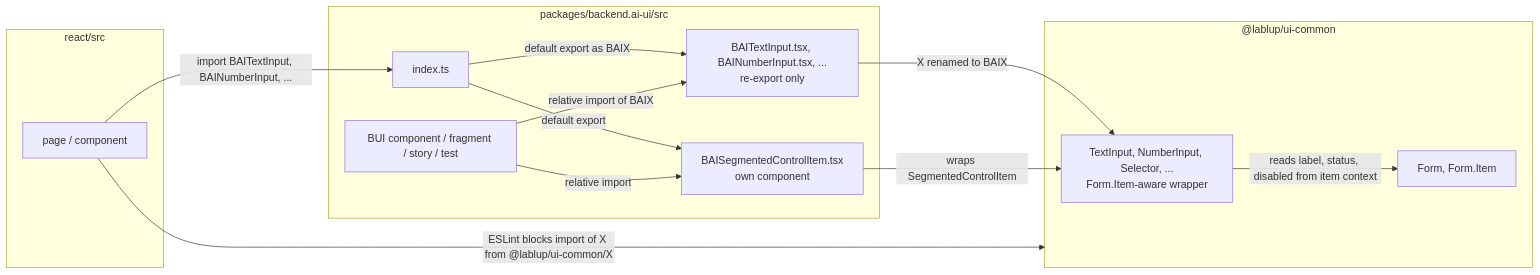
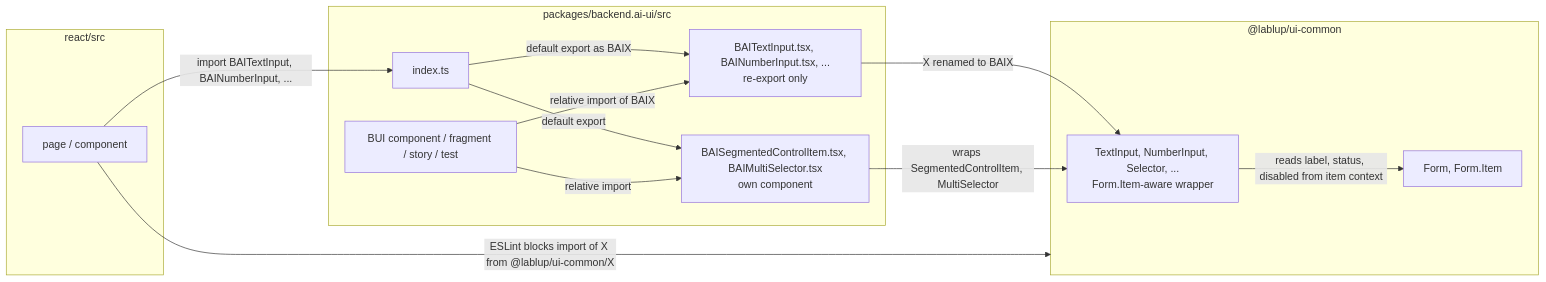
The diagram in docs/adr/0014-bai-names-for-ui-common-form-controls.md (lablup/backend.ai-webui), drawn with Mermaid before and after one commit. The commit also changed other lines of this file and 9 other files, not shown here.

````diff
--- a/docs/adr/0014-bai-names-for-ui-common-form-controls.md
+++ b/docs/adr/0014-bai-names-for-ui-common-form-controls.md
@@ -25,25 +25,25 @@
 ```mermaid
 flowchart LR
   subgraph react["react/src"]
     page["page / component"]
   end
   subgraph bui["packages/backend.ai-ui/src"]
     buiuse["BUI component / fragment / story / test"]
     barrel["index.ts"]
     fc["BAITextInput.tsx, BAINumberInput.tsx, ...<br/>re-export only"]
-    item["BAISegmentedControlItem.tsx<br/>own component"]
+    item["BAISegmentedControlItem.tsx, BAIMultiSelector.tsx<br/>own component"]
   end
   subgraph uic["@lablup/ui-common"]
     ctl["TextInput, NumberInput, Selector, ...<br/>Form.Item-aware wrapper"]
     form["Form, Form.Item"]
   end
   page -- "import BAITextInput, BAINumberInput, ..." --> barrel
   barrel -- "default export as BAIX" --> fc
   barrel -- "default export" --> item
   buiuse -- "relative import of BAIX" --> fc
   buiuse -- "relative import" --> item
   fc -- "X renamed to BAIX" --> ctl
-  item -- "wraps SegmentedControlItem" --> ctl
+  item -- "wraps SegmentedControlItem, MultiSelector" --> ctl
   ctl -- "reads label, status, disabled from item context" --> form
   page -- "ESLint blocks import of X from @lablup/ui-common/X" --> uic
 ```
````
